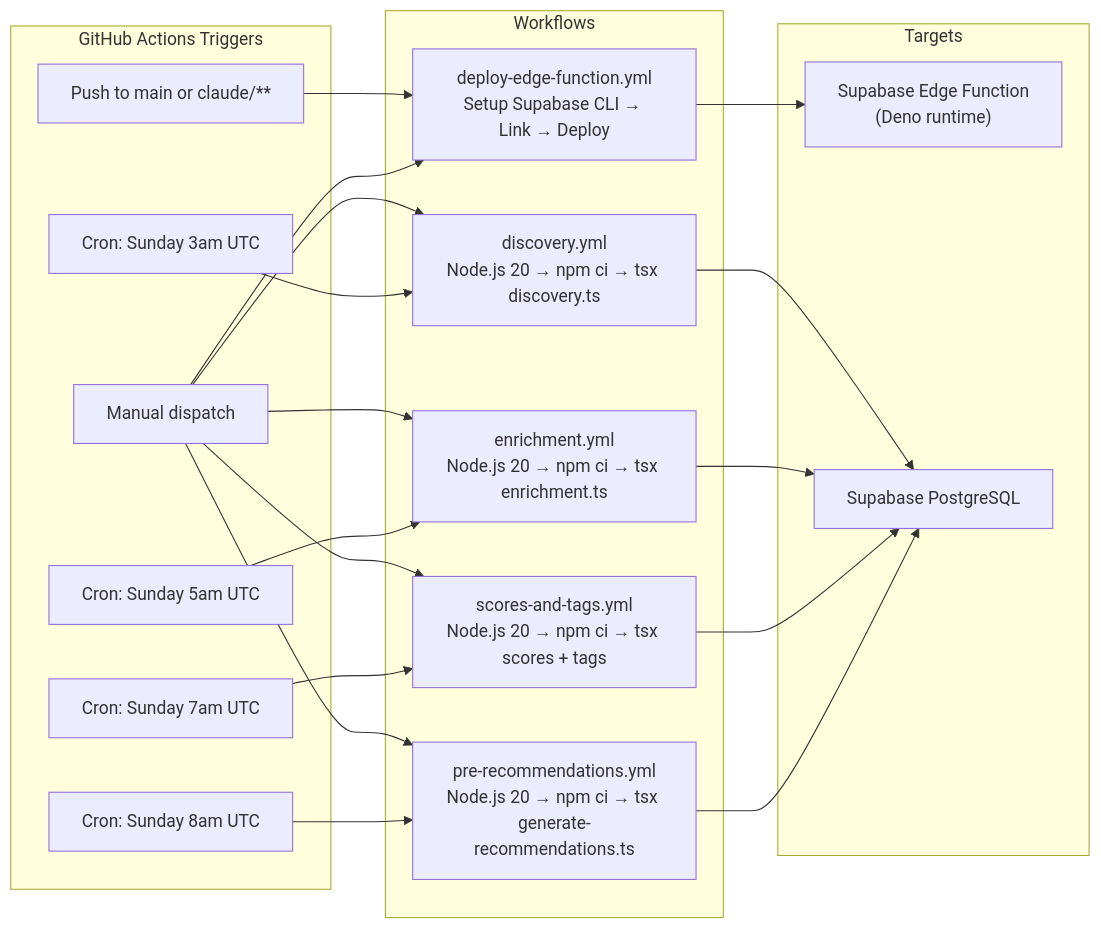
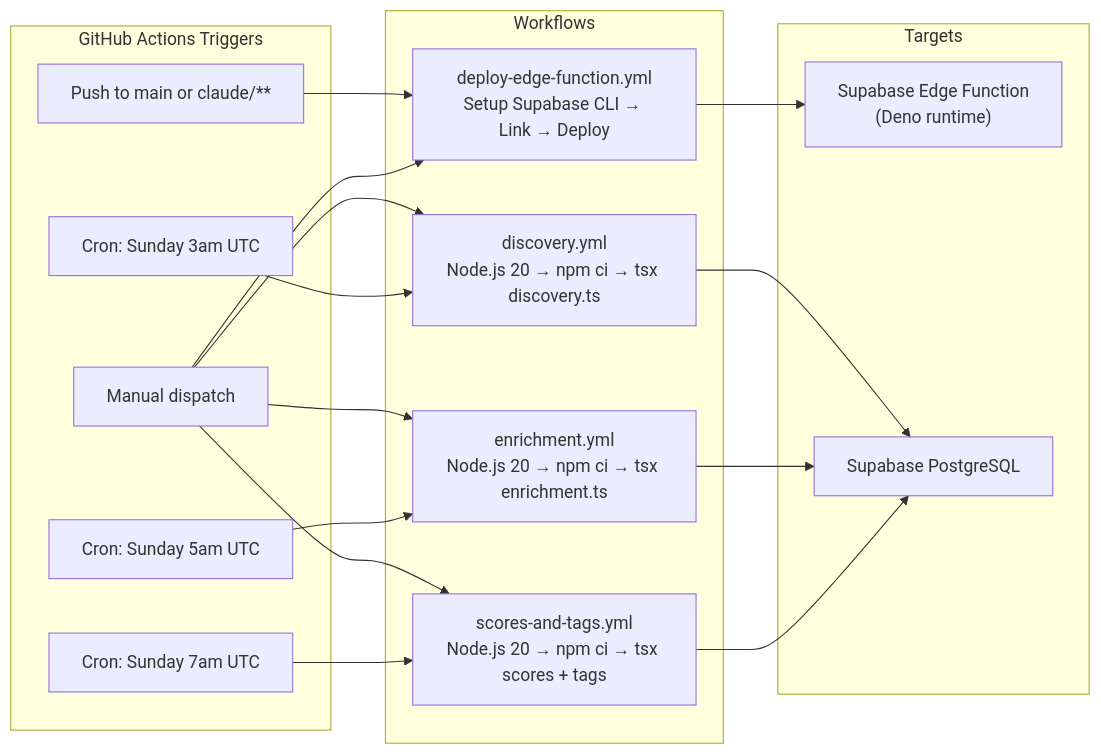
The ninth of 9 diagrams in docs/system-architecture.md (aacrit/dondeBackend), drawn with Mermaid before and after one commit. The commit also changed other lines of this file and 8 other files, not shown here.

First line of the commit message:
Remove pre-recommendations pipeline — all requests now use live Claude

````diff
--- a/docs/system-architecture.md
+++ b/docs/system-architecture.md
@@ -445,41 +357,36 @@
 ```mermaid
 flowchart LR
     subgraph "GitHub Actions Triggers"
         PUSH["Push to main or claude/**"]
         CRON_D["Cron: Sunday 3am UTC"]
         CRON_E["Cron: Sunday 5am UTC"]
         CRON_ST["Cron: Sunday 7am UTC"]
-        CRON_R["Cron: Sunday 8am UTC"]
         MANUAL["Manual dispatch"]
     end
 
     subgraph "Workflows"
         DEPLOY["deploy-edge-function.yml<br/>Setup Supabase CLI → Link → Deploy"]
         WF_D["discovery.yml<br/>Node.js 20 → npm ci → tsx discovery.ts"]
         WF_E["enrichment.yml<br/>Node.js 20 → npm ci → tsx enrichment.ts"]
         WF_ST["scores-and-tags.yml<br/>Node.js 20 → npm ci → tsx scores + tags"]
-        WF_R["pre-recommendations.yml<br/>Node.js 20 → npm ci → tsx generate-recommendations.ts"]
     end
 
     subgraph "Targets"
         SUPA_EF["Supabase Edge Function<br/>(Deno runtime)"]
         SUPA_DB["Supabase PostgreSQL"]
     end
 
     PUSH --> DEPLOY
     MANUAL --> DEPLOY
     MANUAL --> WF_D
     MANUAL --> WF_E
     MANUAL --> WF_ST
-    MANUAL --> WF_R
     CRON_D --> WF_D
     CRON_E --> WF_E
     CRON_ST --> WF_ST
-    CRON_R --> WF_R
 
     DEPLOY --> SUPA_EF
     WF_D --> SUPA_DB
     WF_E --> SUPA_DB
     WF_ST --> SUPA_DB
-    WF_R --> SUPA_DB
 ```
````
